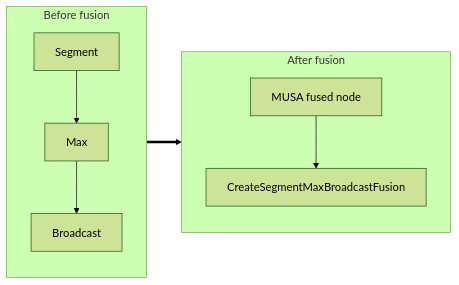
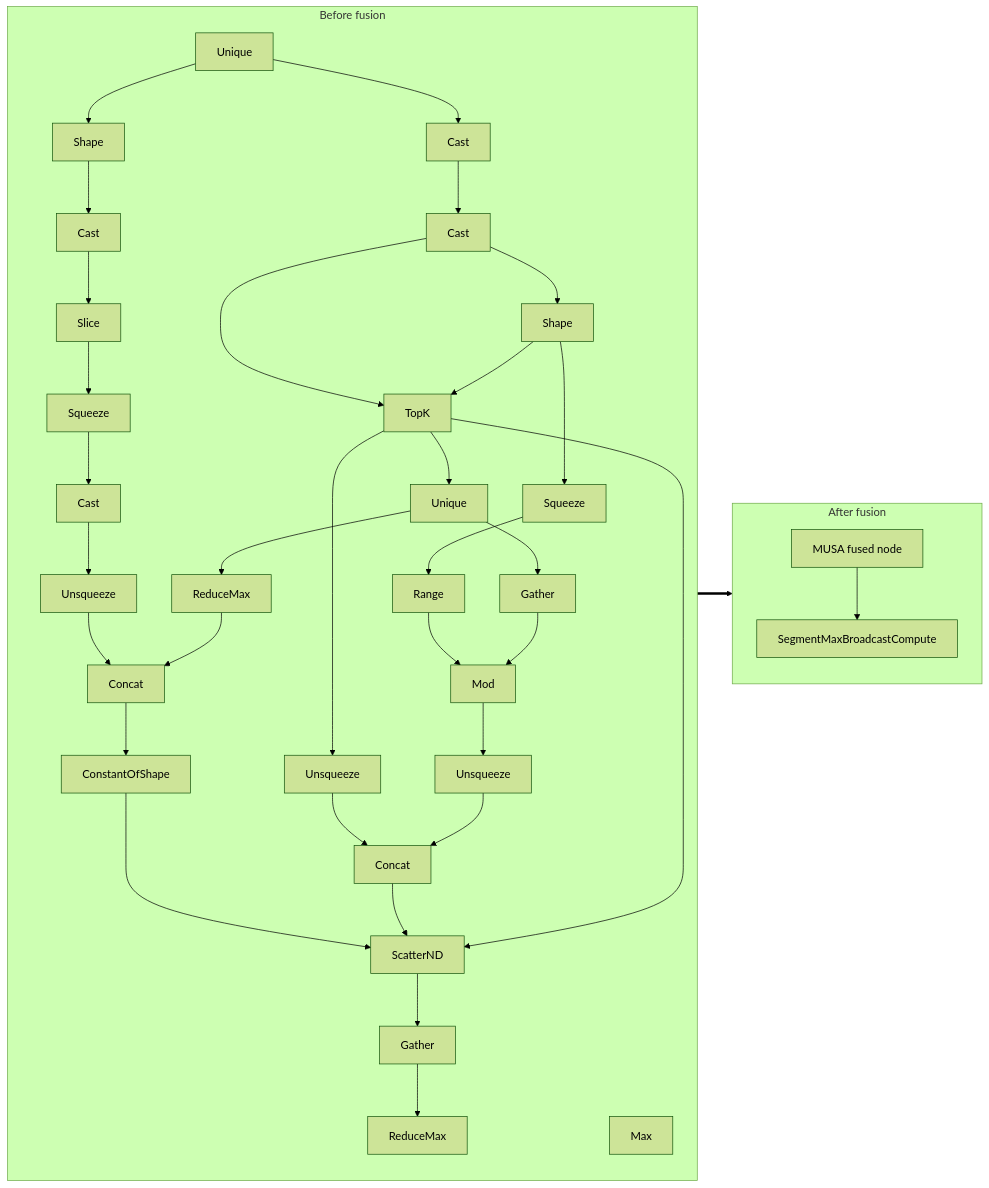
One commit to MooreThreads/onnxruntime-musa changed the diagram in musa/docs/fusion/segment_max_broadcast.md. Above: the diagram before and after it, drawn with Mermaid (forest theme). The commit also changed other lines of this file and 17 other files, not shown here.

````diff
--- a/musa/docs/fusion/segment_max_broadcast.md
+++ b/musa/docs/fusion/segment_max_broadcast.md
@@ -24,16 +24,67 @@
 ```mermaid
 flowchart LR
   subgraph Before[Before fusion]
-    B0["Segment"]
-    B1["Max"]
+    B0["Unique"]
+    B1["Cast"]
+    B2["Cast"]
+    B3["Shape"]
+    B4["TopK"]
+    B5["Unsqueeze"]
+    B6["Unique"]
+    B7["ReduceMax"]
+    B8["Gather"]
+    B9["Squeeze"]
+    B10["Range"]
+    B11["Mod"]
+    B12["Unsqueeze"]
+    B13["Concat"]
+    B14["Shape"]
+    B15["Cast"]
+    B16["Slice"]
+    B17["Squeeze"]
+    B18["Cast"]
+    B19["Unsqueeze"]
+    B20["Concat"]
+    B21["ConstantOfShape"]
+    B22["ScatterND"]
+    B23["Gather"]
+    B24["ReduceMax"]
+    B25["Max"]
     B0 --> B1
-    B2["Broadcast"]
     B1 --> B2
+    B2 --> B3
+    B2 --> B4
+    B3 --> B4
+    B4 --> B5
+    B4 --> B6
+    B6 --> B7
+    B6 --> B8
+    B3 --> B9
+    B9 --> B10
+    B10 --> B11
+    B8 --> B11
+    B11 --> B12
+    B5 --> B13
+    B12 --> B13
+    B0 --> B14
+    B14 --> B15
+    B15 --> B16
+    B16 --> B17
+    B17 --> B18
+    B18 --> B19
+    B19 --> B20
+    B7 --> B20
+    B20 --> B21
+    B21 --> B22
+    B13 --> B22
+    B4 --> B22
+    B22 --> B23
+    B23 --> B24
   end
   subgraph After[After fusion]
     A0["MUSA fused node"]
-    A1["CreateSegmentMaxBroadcastFusion"]
+    A1["SegmentMaxBroadcastCompute"]
     A0 --> A1
   end
   Before ==> After
 ```
````
